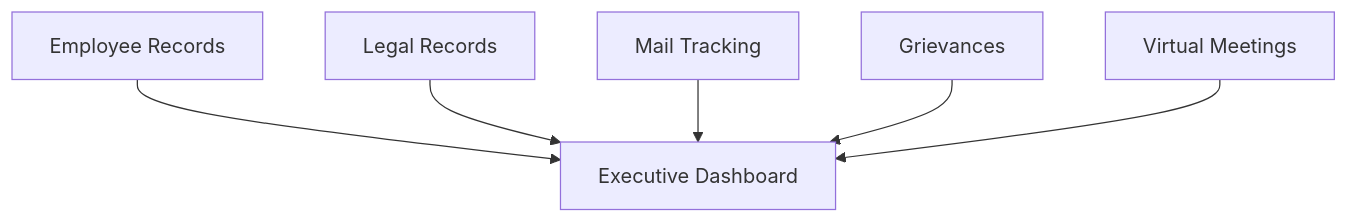
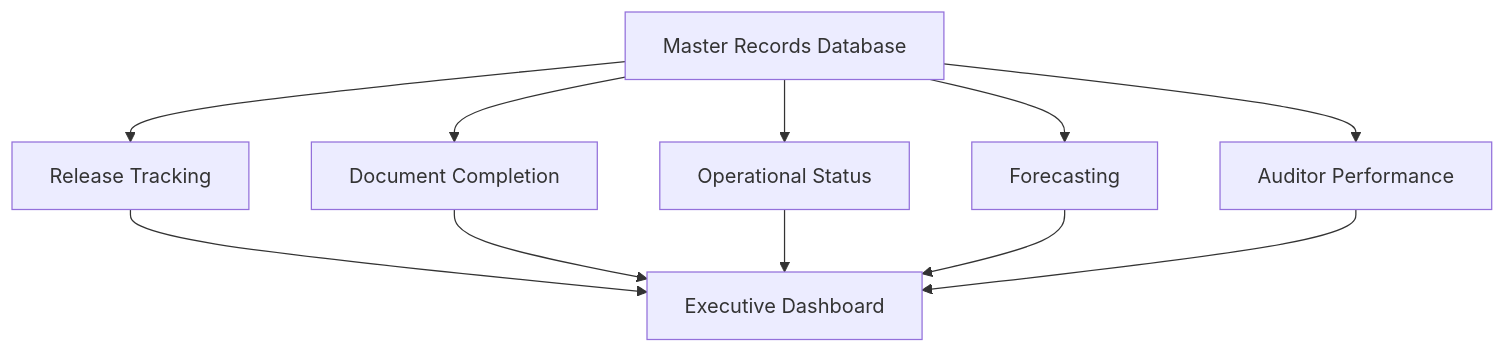
One commit to adominguez17/BA-002-Enterprise-Records-Management-Compliance-System changed the second of 2 diagrams in README.md. Above: the diagram before and after it, drawn with Mermaid. The commit also changed other lines of this file, not shown here.

````diff
--- a/README.md
+++ b/README.md
@@ -70,16 +74,17 @@
 ```mermaid
 flowchart TD
 
-A[Employee Records]
-B[Legal Records]
-C[Mail Tracking]
-D[Grievances]
-E[Virtual Meetings]
-F[Executive Dashboard]
+A[Master Records Database]
 
-A --> F
-B --> F
-C --> F
-D --> F
-E --> F
+A --> B[Release Tracking]
+A --> C[Document Completion]
+A --> D[Operational Status]
+A --> E[Forecasting]
+A --> F[Auditor Performance]
+
+B --> G[Executive Dashboard]
+C --> G
+D --> G
+E --> G
+F --> G
 ```
````
